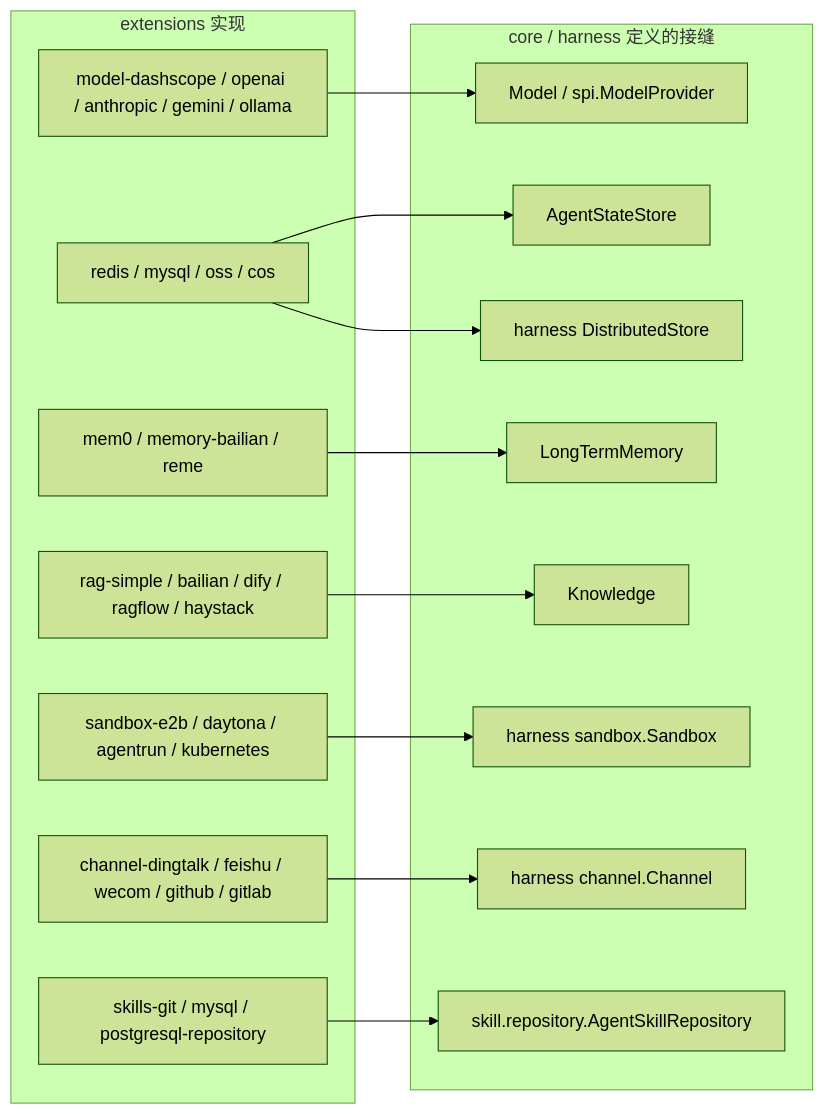
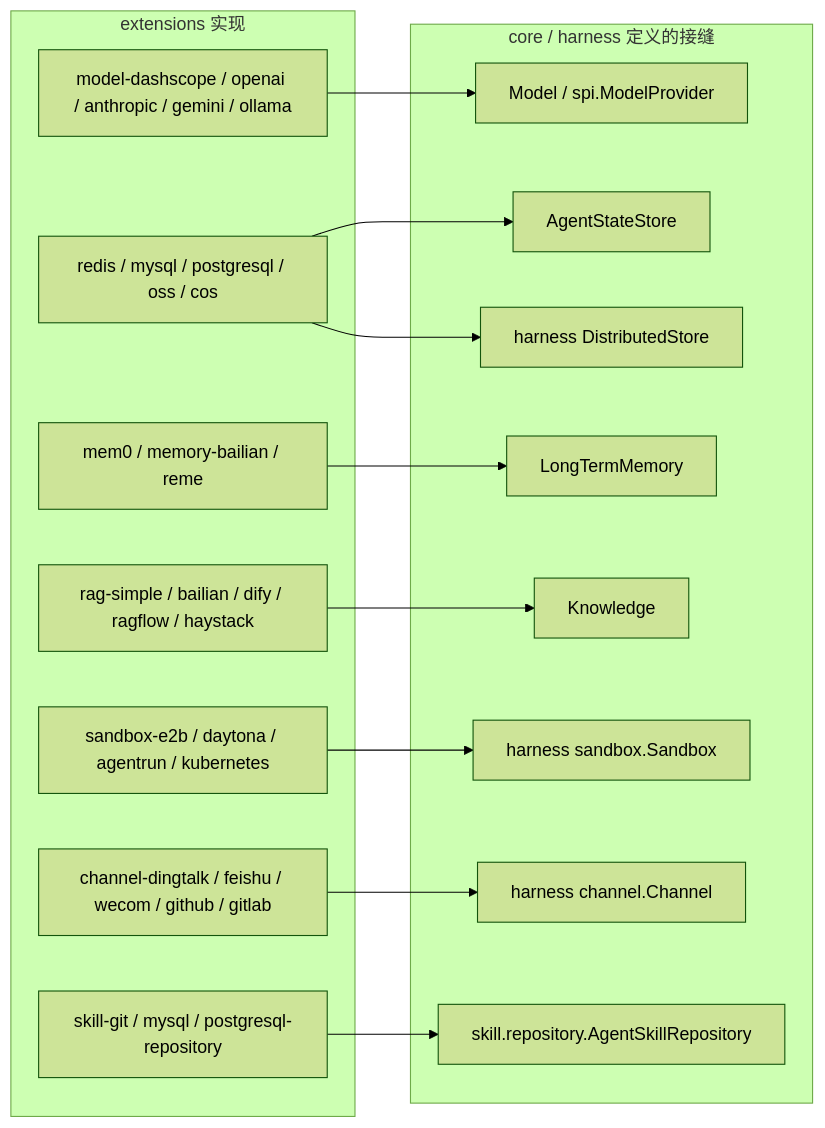
Before and after one commit to liulangjietou/AgentScope-source-analysis: the diagram in 08-扩展生态.md, drawn with Mermaid (forest theme). The commit also changed other lines of this file and 10 other files, not shown here.

````diff
--- a/08-扩展生态.md
+++ b/08-扩展生态.md
@@ -8,30 +8,30 @@
 ```mermaid
 flowchart LR
     subgraph CORE_IF["core / harness 定义的接缝"]
         IM["Model / spi.ModelProvider"]
         ISS["AgentStateStore"]
         ILTM["LongTermMemory"]
         IK["Knowledge"]
         ISB["harness sandbox.Sandbox"]
         ICH["harness channel.Channel"]
         ISK["skill.repository.AgentSkillRepository"]
         IDS["harness DistributedStore"]
     end
     subgraph EXTS["extensions 实现"]
         M5["model-dashscope / openai / anthropic / gemini / ollama"]
-        ST["redis / mysql / oss / cos"]
+        ST["redis / mysql / postgresql / oss / cos"]
         LTM3["mem0 / memory-bailian / reme"]
         RAG5["rag-simple / bailian / dify / ragflow / haystack"]
         SB4["sandbox-e2b / daytona / agentrun / kubernetes"]
         CH5["channel-dingtalk / feishu / wecom / github / gitlab"]
-        SKR["skills-git / mysql / postgresql-repository"]
+        SKR["skill-git / mysql / postgresql-repository"]
     end
     M5 --> IM
     ST --> ISS
     ST --> IDS
     LTM3 --> ILTM
     RAG5 --> IK
     SB4 --> ISB
     CH5 --> ICH
     SKR --> ISK
 ```
````
